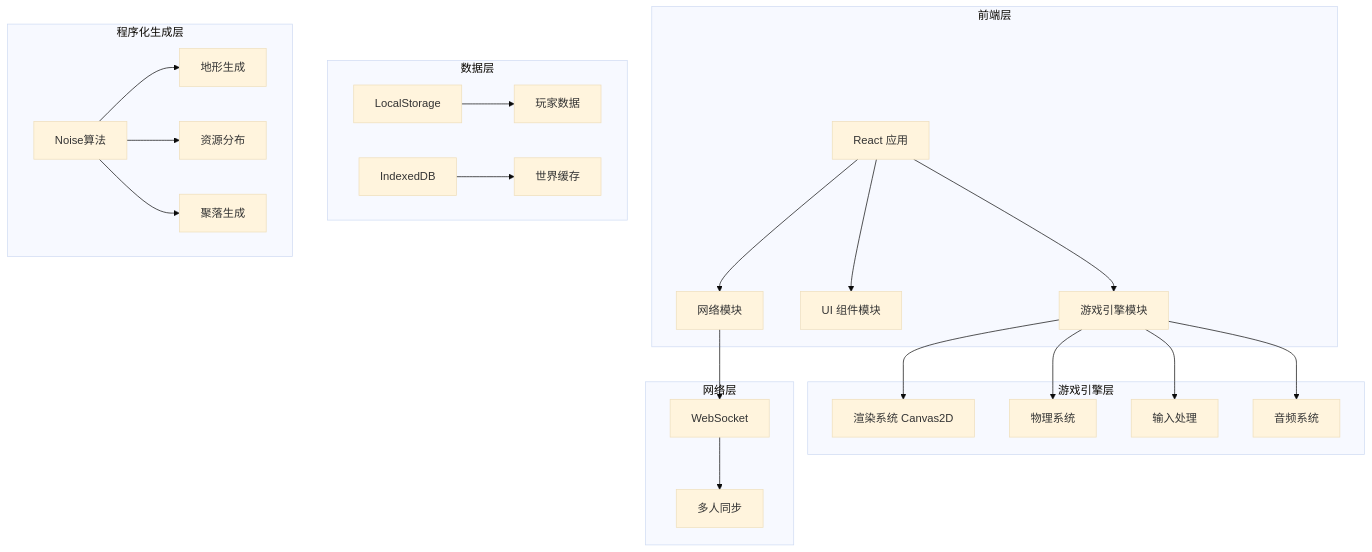
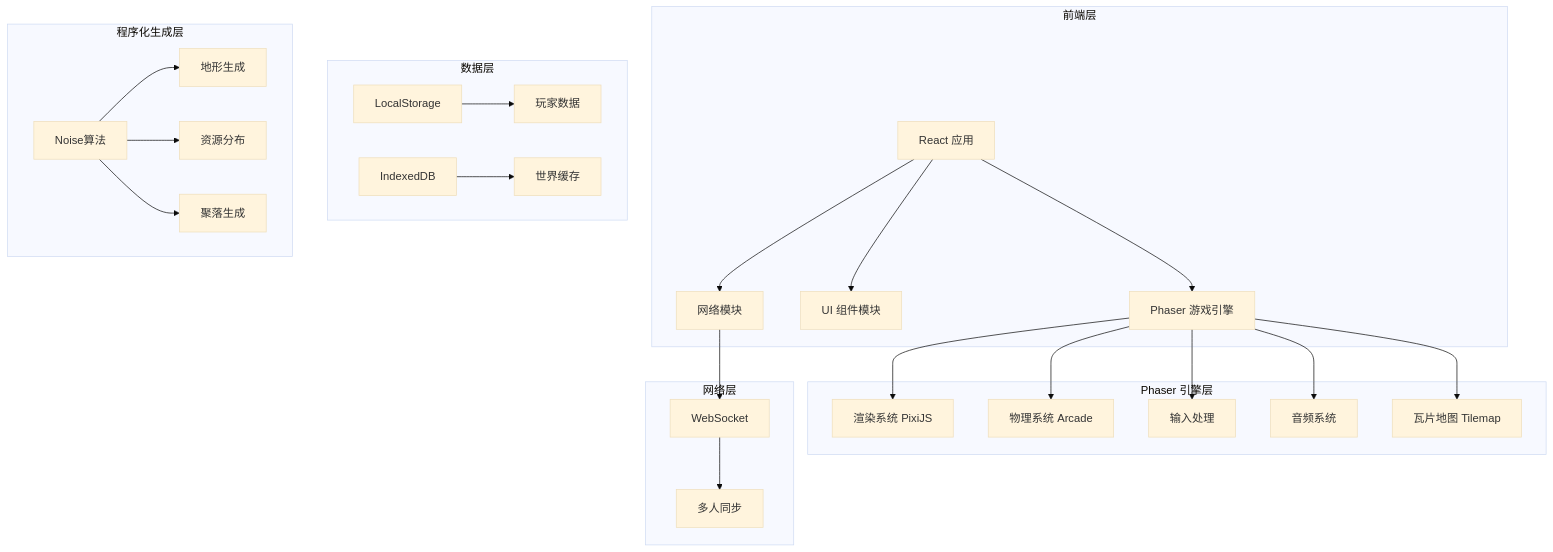
One commit to FCLONELY/Project-BCC changed the first of 3 diagrams in .trae/documents/技术架构.md. Above: the diagram before and after it, drawn with Mermaid (base theme). The commit also changed other lines of this file, not shown here.

````diff
--- a/.trae/documents/技术架构.md
+++ b/.trae/documents/技术架构.md
@@ -5,31 +5,32 @@
 ```mermaid
 flowchart TD
     subgraph 前端层
-        A[React 应用] --> B[游戏引擎模块]
+        A[React 应用] --> B[Phaser 游戏引擎]
         A --> C[UI 组件模块]
         A --> D[网络模块]
     end
     
-    subgraph 游戏引擎层
-        B --> E[渲染系统 Canvas2D]
-        B --> F[物理系统]
+    subgraph Phaser 引擎层
+        B --> E[渲染系统 PixiJS]
+        B --> F[物理系统 Arcade]
         B --> G[输入处理]
         B --> H[音频系统]
+        B --> I[瓦片地图 Tilemap]
     end
     
     subgraph 数据层
-        I[LocalStorage] --> J[玩家数据]
-        K[IndexedDB] --> L[世界缓存]
+        J[LocalStorage] --> K[玩家数据]
+        L[IndexedDB] --> M[世界缓存]
     end
     
     subgraph 网络层
-        D --> M[WebSocket]
-        M --> N[多人同步]
+        D --> N[WebSocket]
+        N --> O[多人同步]
     end
     
     subgraph 程序化生成层
-        O[Noise算法] --> P[地形生成]
-        O --> Q[资源分布]
-        O --> R[聚落生成]
+        P[Noise算法] --> Q[地形生成]
+        P --> R[资源分布]
+        P --> S[聚落生成]
     end
 ```
````
